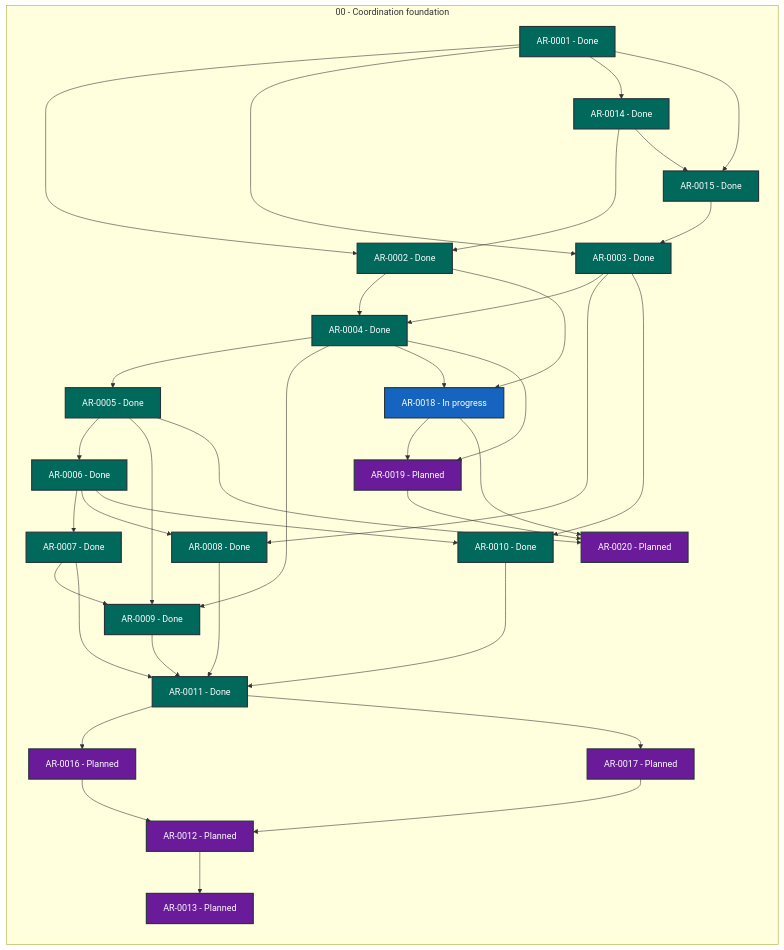
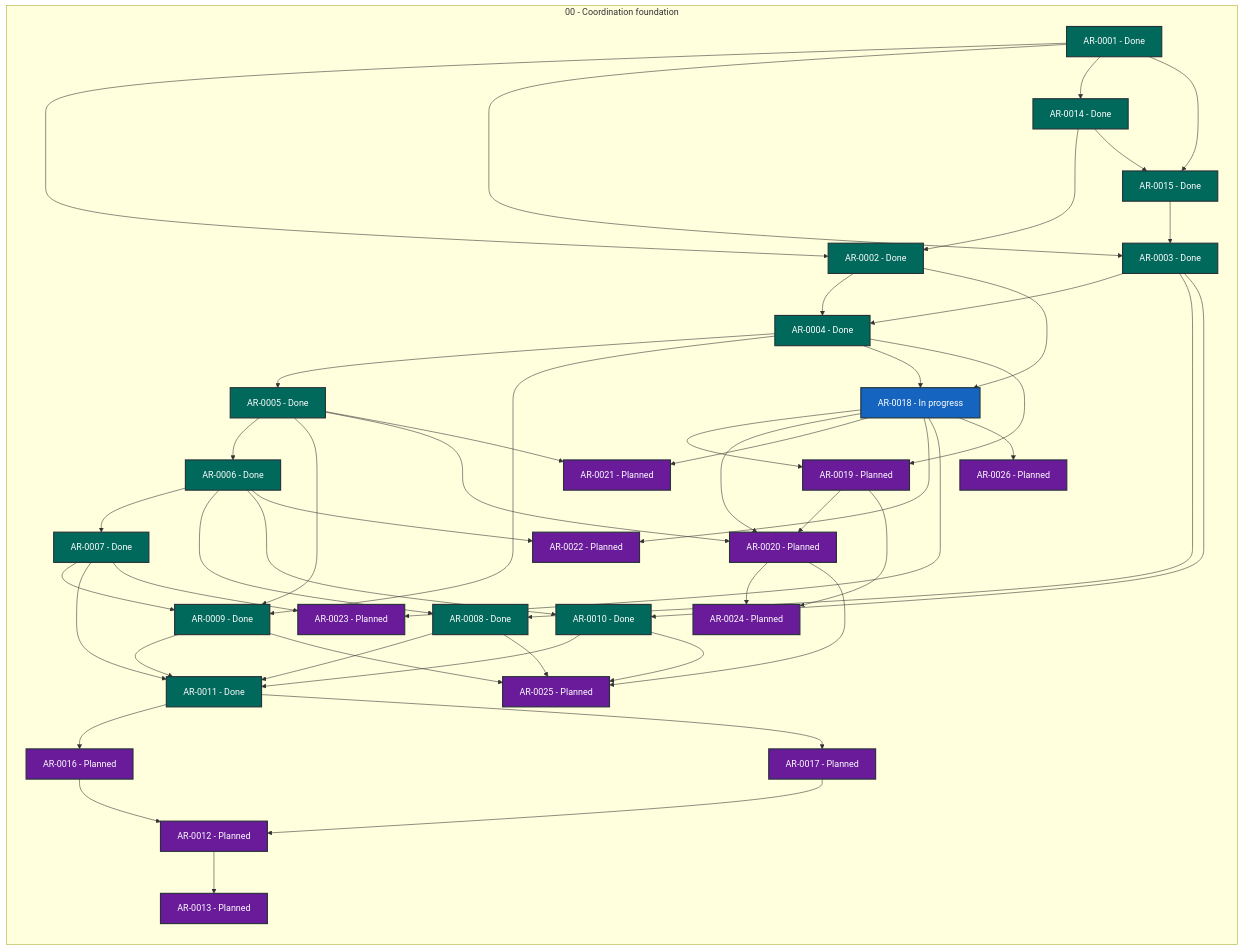
Before and after one commit to martin-beck/agent-workflow-tui-state: the diagram in STATUS.md, drawn with Mermaid. The commit also changed other lines of this file and 3 other files, not shown here.

```diff
--- a/STATUS.md
+++ b/STATUS.md
@@ -48,6 +48,12 @@
         AR_0018["AR-0018 - In progress"]:::status_in_progress
         AR_0019["AR-0019 - Planned"]:::status_planned
         AR_0020["AR-0020 - Planned"]:::status_planned
+        AR_0021["AR-0021 - Planned"]:::status_planned
+        AR_0022["AR-0022 - Planned"]:::status_planned
+        AR_0023["AR-0023 - Planned"]:::status_planned
+        AR_0024["AR-0024 - Planned"]:::status_planned
+        AR_0025["AR-0025 - Planned"]:::status_planned
+        AR_0026["AR-0026 - Planned"]:::status_planned
     end
     AR_0001 --> AR_0002
     AR_0001 --> AR_0003
@@ -65,14 +71,20 @@
     AR_0005 --> AR_0006
     AR_0005 --> AR_0009
     AR_0005 --> AR_0020
+    AR_0005 --> AR_0021
     AR_0006 --> AR_0007
     AR_0006 --> AR_0008
     AR_0006 --> AR_0010
+    AR_0006 --> AR_0022
     AR_0007 --> AR_0009
     AR_0007 --> AR_0011
+    AR_0007 --> AR_0023
     AR_0008 --> AR_0011
+    AR_0008 --> AR_0025
     AR_0009 --> AR_0011
+    AR_0009 --> AR_0025
     AR_0010 --> AR_0011
+    AR_0010 --> AR_0025
     AR_0011 --> AR_0016
     AR_0011 --> AR_0017
     AR_0012 --> AR_0013
@@ -83,7 +95,14 @@
     AR_0017 --> AR_0012
     AR_0018 --> AR_0019
     AR_0018 --> AR_0020
+    AR_0018 --> AR_0021
+    AR_0018 --> AR_0022
+    AR_0018 --> AR_0023
+    AR_0018 --> AR_0026
     AR_0019 --> AR_0020
+    AR_0019 --> AR_0024
+    AR_0020 --> AR_0024
+    AR_0020 --> AR_0025
     classDef status_in_progress fill:#1565c0,color:#ffffff,stroke:#263238,stroke-width:2px
     classDef status_open fill:#2e7d32,color:#ffffff,stroke:#263238,stroke-width:2px
     classDef status_blocked fill:#c62828,color:#ffffff,stroke:#263238,stroke-width:2px
```
